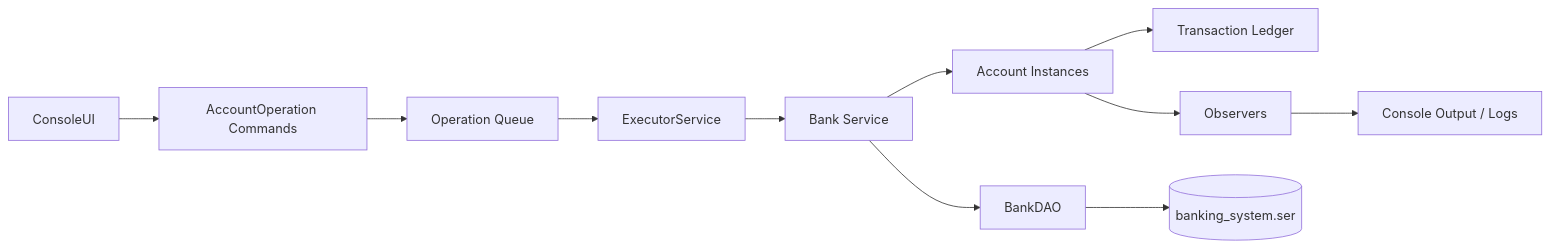
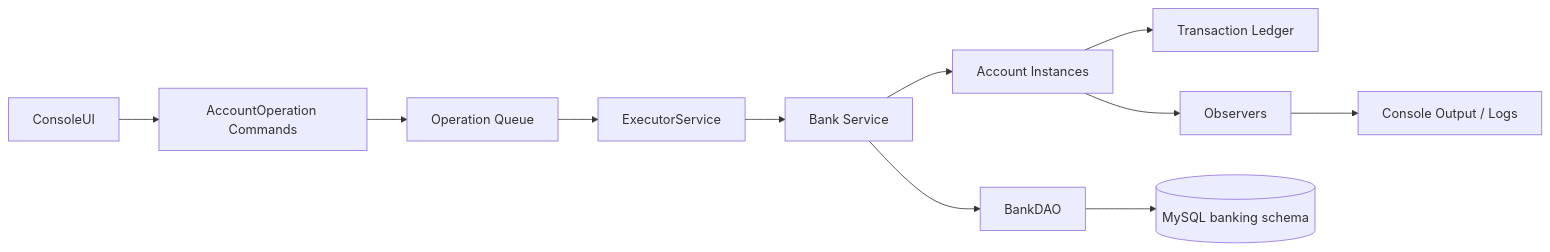
One commit to letsbegincode/Banking-System changed the second of 2 diagrams in docs/architecture-system-design.md. Above: the diagram before and after it, drawn with Mermaid. The commit also changed other lines of this file and 61 other files, not shown here.

````diff
--- a/docs/architecture-system-design.md
+++ b/docs/architecture-system-design.md
@@ -51,13 +51,13 @@
 ```mermaid
 flowchart LR
     UI[ConsoleUI] --> CMD[AccountOperation Commands]
     CMD --> QUEUE[Operation Queue]
     QUEUE --> EXEC[ExecutorService]
     EXEC --> BANK[Bank Service]
     BANK --> ACC[Account Instances]
     ACC --> TXN[Transaction Ledger]
     BANK --> DAO[BankDAO]
-    DAO --> STORE[(banking_system.ser)]
+    DAO --> STORE[(MySQL banking schema)]
     ACC --> OBS[Observers]
     OBS --> LOGS[Console Output / Logs]
 ```
````
